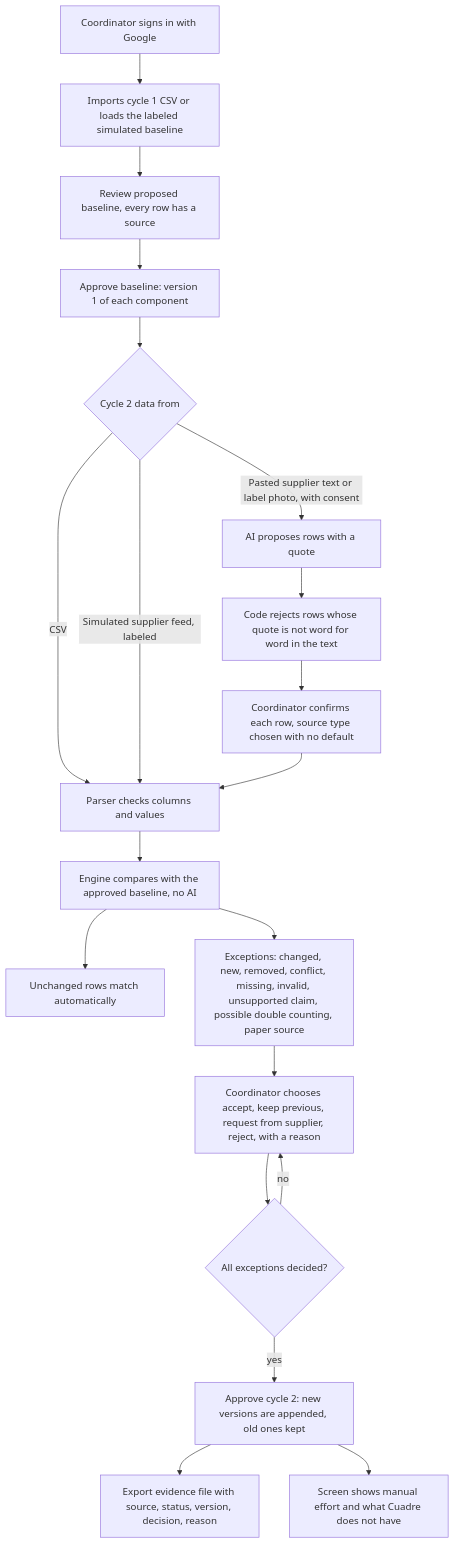
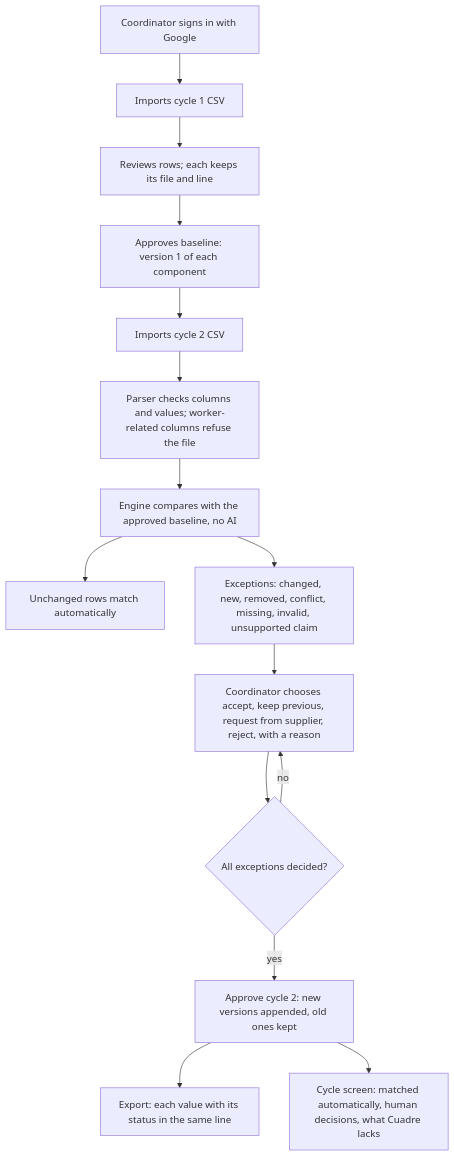
One commit to emiliogomezbuilds/cuadre changed the first of 2 diagrams in docs/PACKET.md. Above: the diagram before and after it, drawn with Mermaid. The commit also changed other lines of this file and 4 other files, not shown here.

Commit message:
Packet, charter and personas for the Week 12 core build (before code)

````diff
--- a/docs/PACKET.md
+++ b/docs/PACKET.md
@@ -65,22 +41,17 @@
 ```mermaid
 flowchart TD
-  A[Coordinator signs in with Google] --> B[Imports cycle 1 CSV or loads the labeled simulated baseline]
-  B --> C[Review proposed baseline, every row has a source]
-  C --> D[Approve baseline: version 1 of each component]
-  D --> E{Cycle 2 data from}
-  E -->|CSV| F[Parser checks columns and values]
-  E -->|Simulated supplier feed, labeled| F
-  E -->|Pasted supplier text or label photo, with consent| G[AI proposes rows with a quote]
-  G --> H[Code rejects rows whose quote is not word for word in the text]
-  H --> I[Coordinator confirms each row, source type chosen with no default]
-  I --> F
-  F --> J[Engine compares with the approved baseline, no AI]
-  J --> K[Unchanged rows match automatically]
-  J --> L[Exceptions: changed, new, removed, conflict, missing, invalid, unsupported claim, possible double counting, paper source]
-  L --> M[Coordinator chooses accept, keep previous, request from supplier, reject, with a reason]
-  M --> N{All exceptions decided?}
-  N -->|no| M
-  N -->|yes| O[Approve cycle 2: new versions are appended, old ones kept]
-  O --> P[Export evidence file with source, status, version, decision, reason]
-  O --> Q[Screen shows manual effort and what Cuadre does not have]
+  A[Coordinator signs in with Google] --> B[Imports cycle 1 CSV]
+  B --> C[Reviews rows; each keeps its file and line]
+  C --> D[Approves baseline: version 1 of each component]
+  D --> E[Imports cycle 2 CSV]
+  E --> F[Parser checks columns and values; worker-related columns refuse the file]
+  F --> G[Engine compares with the approved baseline, no AI]
+  G --> H[Unchanged rows match automatically]
+  G --> I[Exceptions: changed, new, removed, conflict, missing, invalid, unsupported claim]
+  I --> J[Coordinator chooses accept, keep previous, request from supplier, reject, with a reason]
+  J --> K{All exceptions decided?}
+  K -->|no| J
+  K -->|yes| L[Approve cycle 2: new versions appended, old ones kept]
+  L --> M[Export: each value with its status in the same line]
+  L --> N[Cycle screen: matched automatically, human decisions, what Cuadre lacks]
 ```
````
